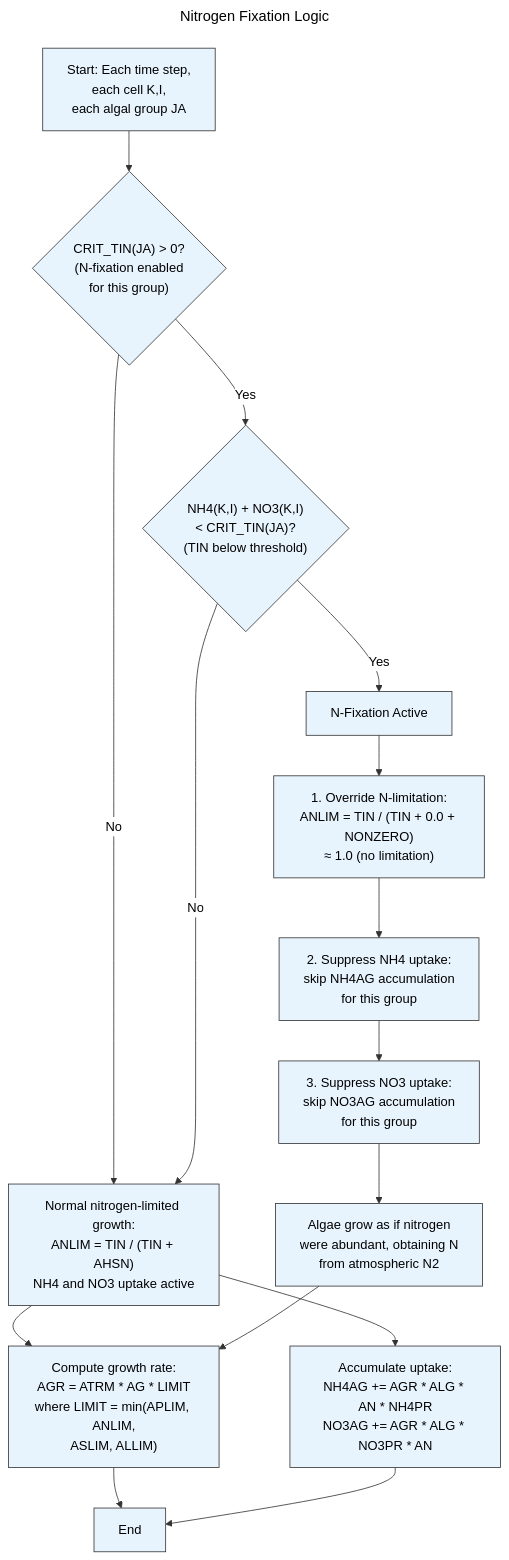
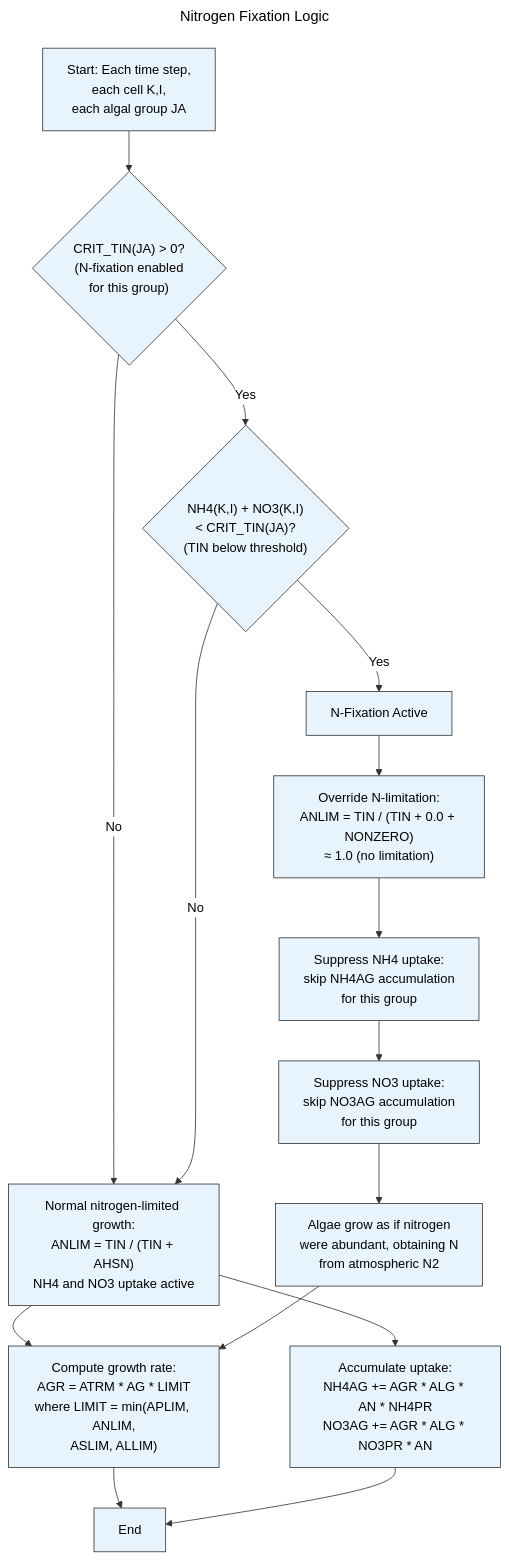
The diagram in documentation/hab-modeling-users-manual/nitrogen-fixation.mmd (CE-QUAL-W2-ERDC/ce-qual-w2-erdc.github.io), drawn with Mermaid before and after one commit. The commit also changed 12 other files, not shown here.

Commit message:
fixed and revised diagrams and exported as SVG

```diff
--- a/documentation/hab-modeling-users-manual/nitrogen-fixation.mmd
+++ b/documentation/hab-modeling-users-manual/nitrogen-fixation.mmd
@@ -1,24 +1,24 @@
 ---
 title: "Nitrogen Fixation Logic"
 ---
 %%{init: {'theme': 'base', 'themeVariables': {'primaryColor': '#e8f4fd', 'primaryTextColor': '#000000', 'primaryBorderColor': '#333333', 'lineColor': '#333333', 'secondaryColor': '#f0f0f0', 'tertiaryColor': '#ffffff', 'background': '#ffffff', 'mainBkg': '#e8f4fd', 'nodeBorder': '#333333', 'clusterBkg': '#ffffff', 'titleColor': '#000000', 'edgeLabelBackground': '#ffffff'}}}%%
 flowchart TD
     A["Start: Each time step,<br/>each cell K,I,<br/>each algal group JA"] --> B{"CRIT_TIN(JA) > 0?<br/>(N-fixation enabled<br/>for this group)"}
     B -- No --> C["Normal nitrogen-limited growth:<br/>ANLIM = TIN / (TIN + AHSN)<br/>NH4 and NO3 uptake active"]
     B -- Yes --> D{"NH4(K,I) + NO3(K,I)<br/>< CRIT_TIN(JA)?<br/>(TIN below threshold)"}
     D -- No --> C
 
     D -- Yes --> E["N-Fixation Active"]
 
-    E --> F["1. Override N-limitation:<br/>ANLIM = TIN / (TIN + 0.0 + NONZERO)<br/>≈ 1.0 (no limitation)"]
-    F --> G["2. Suppress NH4 uptake:<br/>skip NH4AG accumulation<br/>for this group"]
-    G --> H["3. Suppress NO3 uptake:<br/>skip NO3AG accumulation<br/>for this group"]
+    E --> F["Override N-limitation:<br/>ANLIM = TIN / (TIN + 0.0 + NONZERO)<br/>≈ 1.0 (no limitation)"]
+    F --> G["Suppress NH4 uptake:<br/>skip NH4AG accumulation<br/>for this group"]
+    G --> H["Suppress NO3 uptake:<br/>skip NO3AG accumulation<br/>for this group"]
     H --> I["Algae grow as if nitrogen<br/>were abundant, obtaining N<br/>from atmospheric N2"]
 
     C --> J["Compute growth rate:<br/>AGR = ATRM * AG * LIMIT<br/>where LIMIT = min(APLIM, ANLIM,<br/>ASLIM, ALLIM)"]
     I --> J
 
     C --> K["Accumulate uptake:<br/>NH4AG += AGR * ALG * AN * NH4PR<br/>NO3AG += AGR * ALG * NO3PR * AN"]
 
     J --> Z["End"]
     K --> Z
```
